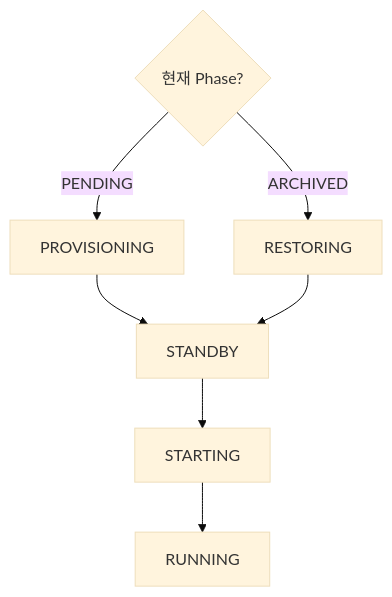
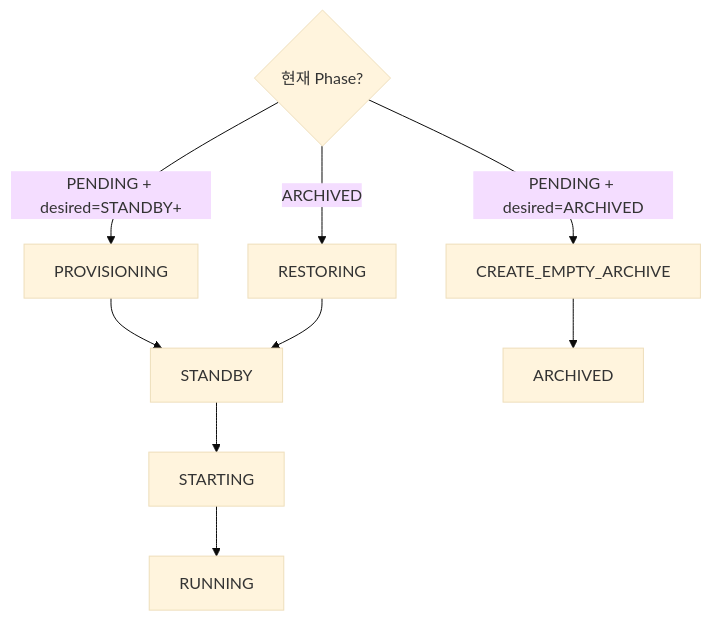
One commit to cagojeiger/code-hub changed the second of 7 diagrams in docs/spec_v2/02-states.md. Above: the diagram before and after it, drawn with Mermaid (base theme). The commit also changed other lines of this file and 6 other files, not shown here.

First line of the commit message:
docs(spec_v2): add CREATE_EMPTY_ARCHIVE and purify Ordered SM

````diff
--- a/docs/spec_v2/02-states.md
+++ b/docs/spec_v2/02-states.md
@@ -199,10 +255,12 @@
 ```mermaid
 flowchart TD
     D{현재 Phase?}
-    D -->|PENDING| PR[PROVISIONING]
+    D -->|PENDING + desired=STANDBY+| PR[PROVISIONING]
+    D -->|PENDING + desired=ARCHIVED| CEA[CREATE_EMPTY_ARCHIVE]
     D -->|ARCHIVED| R[RESTORING]
     PR --> S[STANDBY]
+    CEA --> A[ARCHIVED]
     R --> S
     S --> T[STARTING]
     T --> U[RUNNING]
 ```
````
